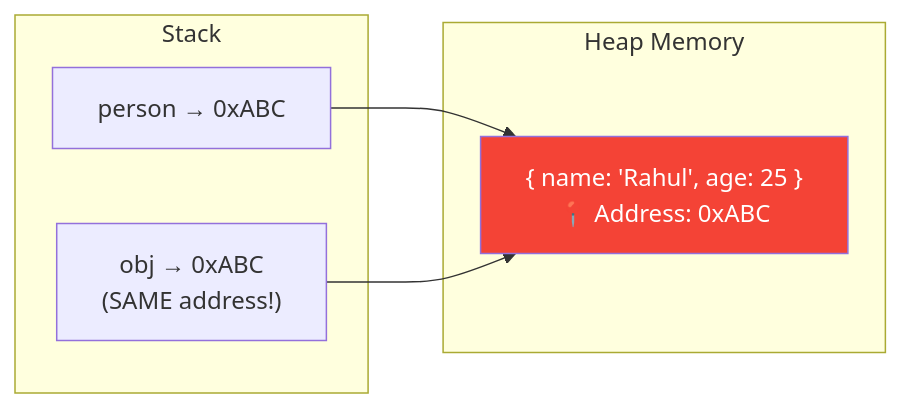
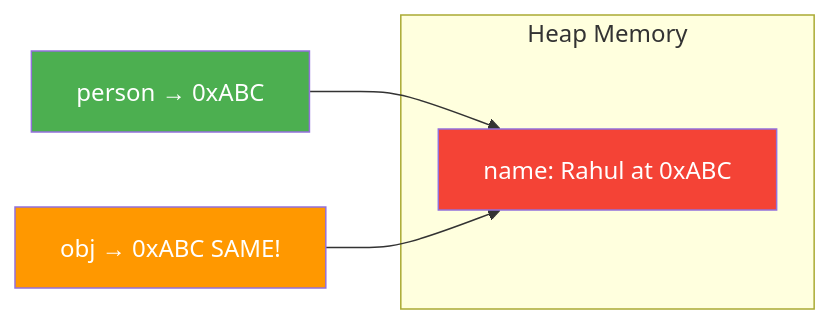
One commit to Kshitijgul/Notes changed diagram 15 of 30 in Javascript/Chapter5_Functions.md. Above: the diagram before and after it, drawn with Mermaid. The commit also changed other lines of this file and 1 other file, not shown here.

````diff
--- a/Javascript/Chapter5_Functions.md
+++ b/Javascript/Chapter5_Functions.md
@@ -2765,16 +1288,12 @@
 ```mermaid
 flowchart LR
     subgraph Heap["Heap Memory"]
-        OBJ["{ name: 'Rahul', age: 25 }<br>📍 Address: 0xABC"]
+        OBJ["name: Rahul at 0xABC"]
     end
-    
-    subgraph Variables["Stack"]
-        A["person → 0xABC"]
-        B["obj → 0xABC<br>(SAME address!)"]
-    end
-    
-    A --> OBJ
-    B --> OBJ
-    
+    A["person → 0xABC"] --> OBJ
+    B["obj → 0xABC SAME!"] --> OBJ
+
     style OBJ fill:#f44336,color:white
+    style A fill:#4CAF50,color:white
+    style B fill:#FF9800,color:white
 ```
````
